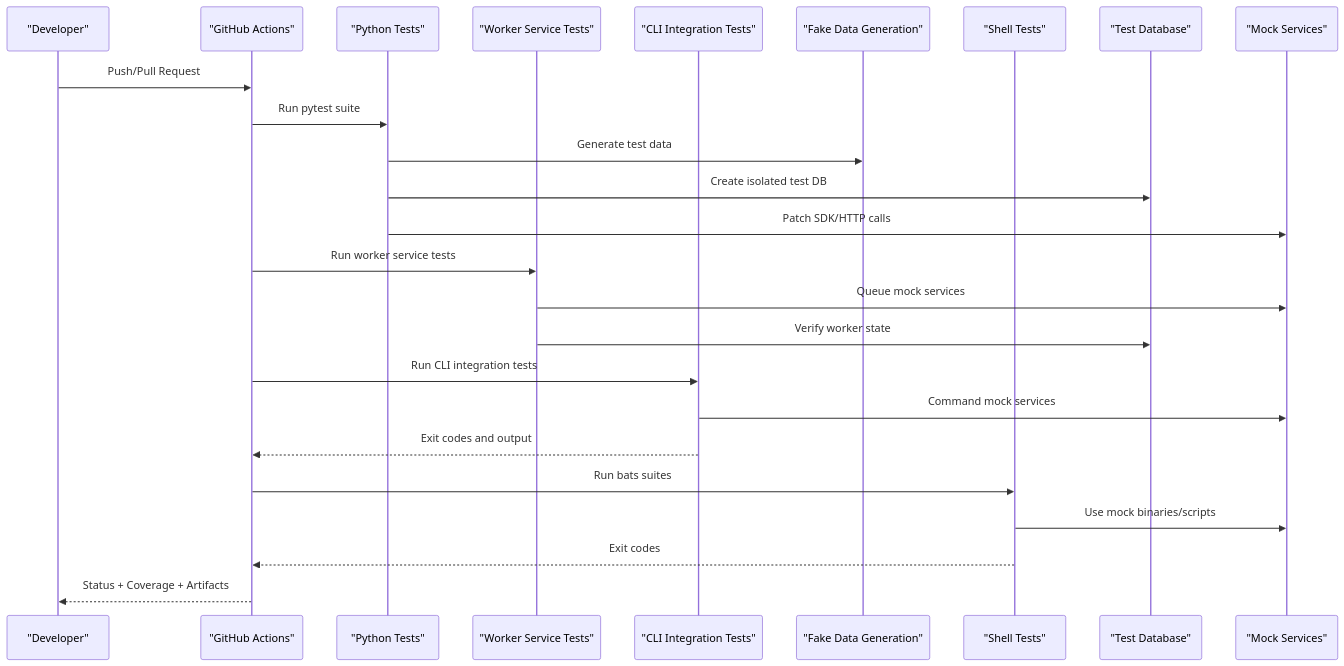
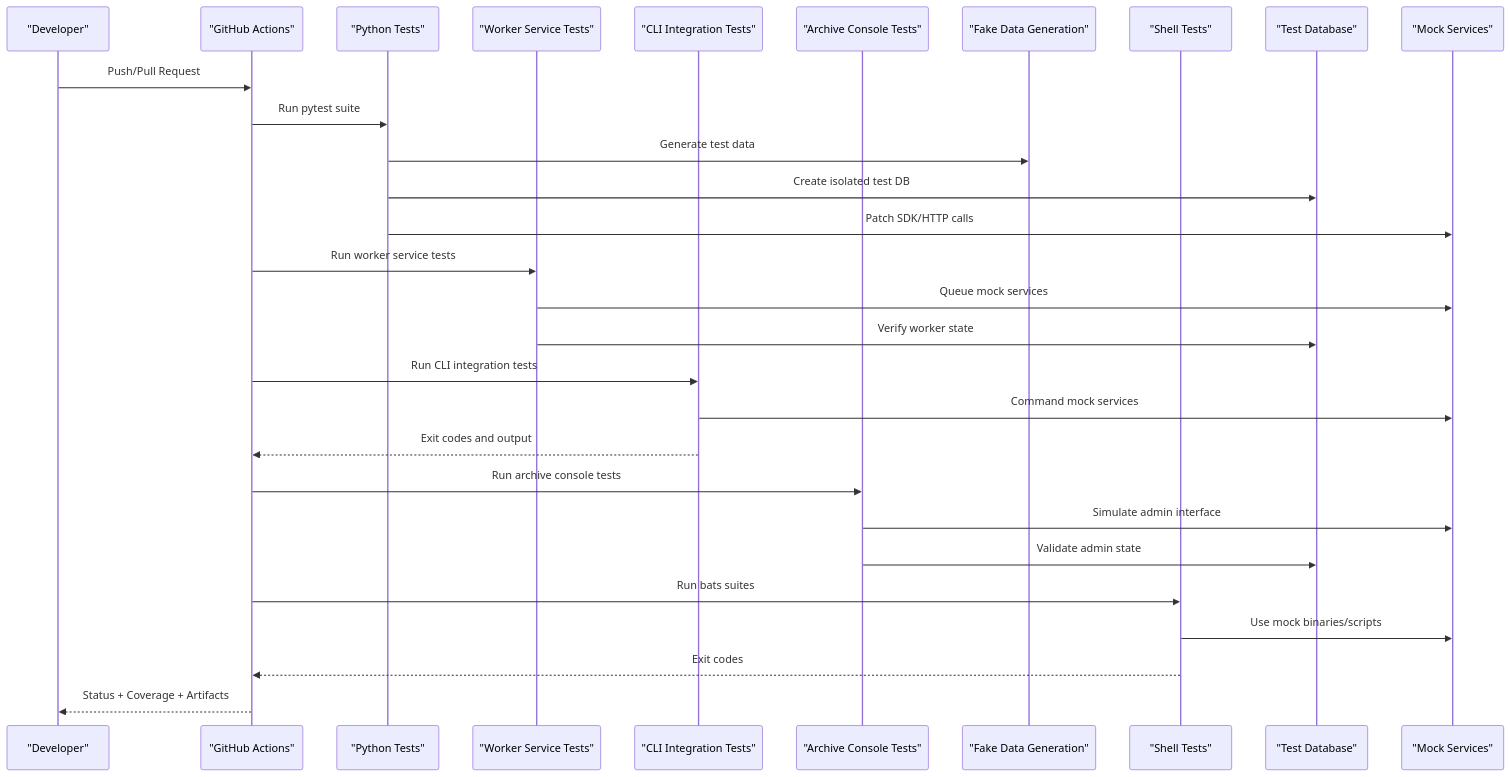
The second of 16 diagrams in .qoder/repowiki/en/content/Testing & Quality Assurance/Testing & Quality Assurance.md (zuohaisu/wecom-archive), drawn with Mermaid before and after one commit. The commit also changed other lines of this file and 95 other files, not shown here.

````diff
--- a/.qoder/repowiki/en/content/Testing & Quality Assurance/Testing & Quality Assurance.md
+++ b/.qoder/repowiki/en/content/Testing & Quality Assurance/Testing & Quality Assurance.md
@@ -229,27 +203,31 @@
 ```mermaid
 sequenceDiagram
 participant Dev as "Developer"
 participant CI as "GitHub Actions"
 participant PyTest as "Python Tests"
 participant WorkerTests as "Worker Service Tests"
 participant CLITests as "CLI Integration Tests"
+participant ArchiveTests as "Archive Console Tests"
 participant Fakes as "Fake Data Generation"
 participant BATS as "Shell Tests"
 participant DB as "Test Database"
 participant Mock as "Mock Services"
 Dev->>CI : Push/Pull Request
 CI->>PyTest : Run pytest suite
 PyTest->>Fakes : Generate test data
 PyTest->>DB : Create isolated test DB
 PyTest->>Mock : Patch SDK/HTTP calls
 CI->>WorkerTests : Run worker service tests
 WorkerTests->>Mock : Queue mock services
 WorkerTests->>DB : Verify worker state
 CI->>CLITests : Run CLI integration tests
 CLITests->>Mock : Command mock services
 CLITests-->>CI : Exit codes and output
+CI->>ArchiveTests : Run archive console tests
+ArchiveTests->>Mock : Simulate admin interface
+ArchiveTests->>DB : Validate admin state
 CI->>BATS : Run bats suites
 BATS->>Mock : Use mock binaries/scripts
 BATS-->>CI : Exit codes
 CI-->>Dev : Status + Coverage + Artifacts
 ```
````
